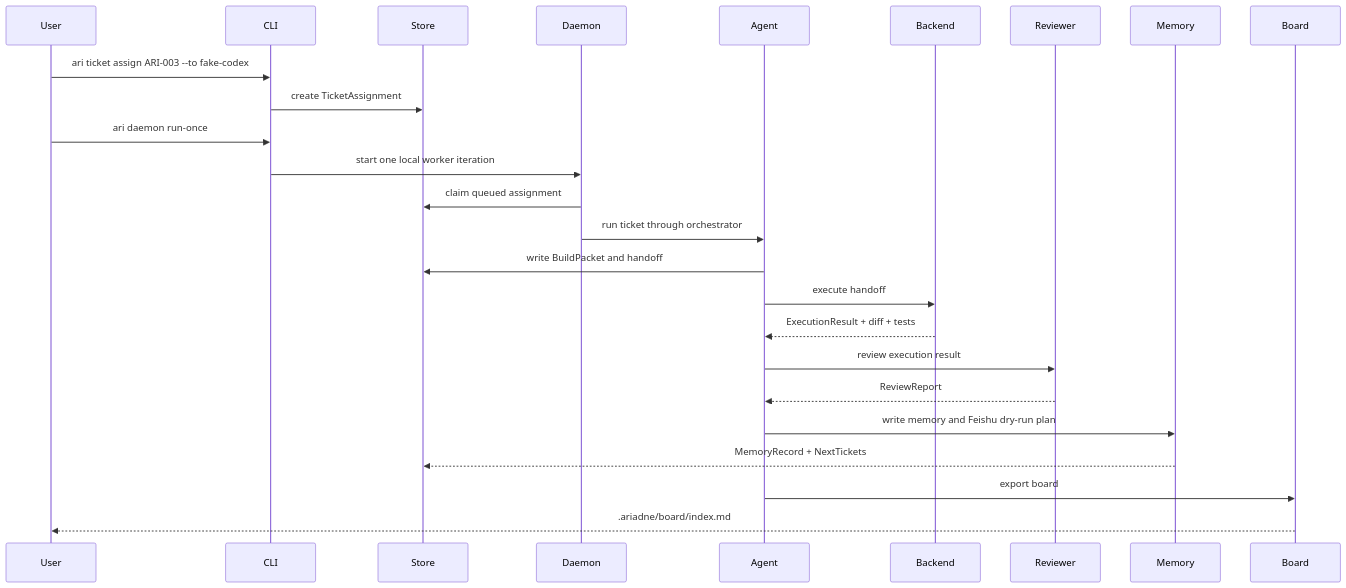
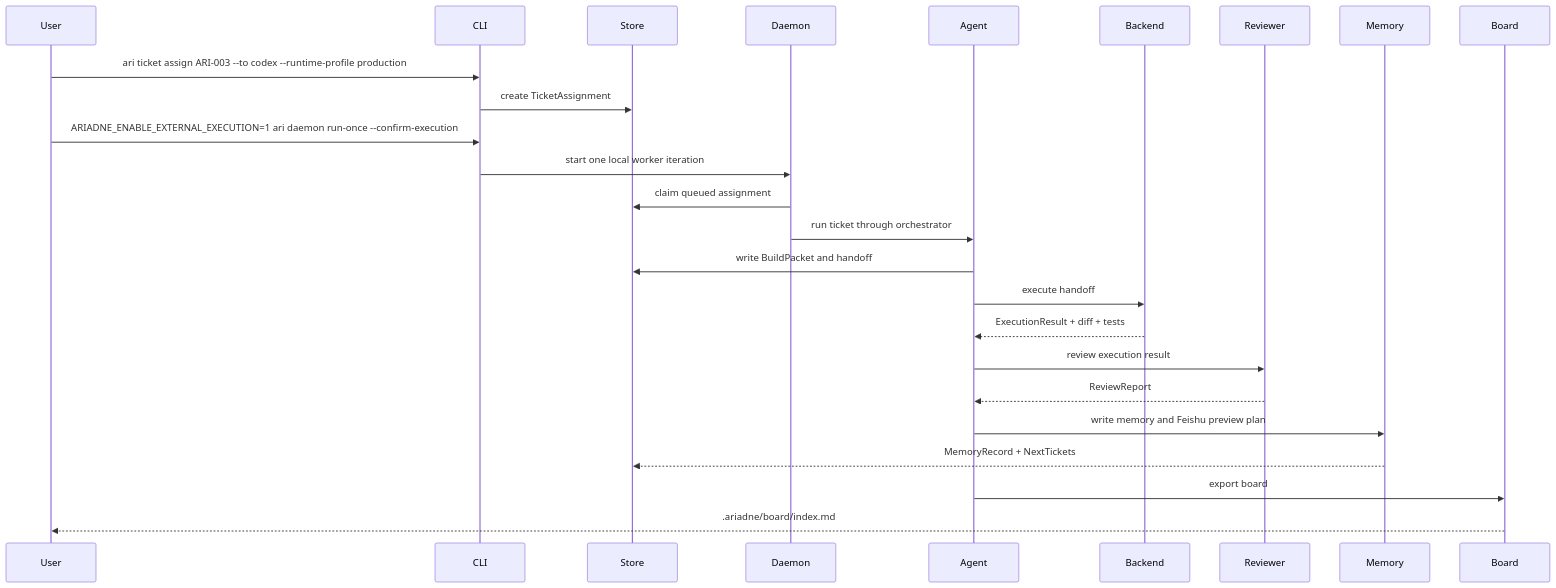
Before and after one commit to Hackerismydream/Ariadne: the first of 2 diagrams in docs/architecture/ARIADNE_V1_RUNTIME_FLOW.md, drawn with Mermaid. The commit also changed other lines of this file and 10 other files, not shown here.

````diff
--- a/docs/architecture/ARIADNE_V1_RUNTIME_FLOW.md
+++ b/docs/architecture/ARIADNE_V1_RUNTIME_FLOW.md
@@ -96,28 +120,28 @@
 ```mermaid
 sequenceDiagram
   participant User
   participant CLI
   participant Store
   participant Daemon
   participant Agent
   participant Backend
   participant Reviewer
   participant Memory
   participant Board
 
-  User->>CLI: ari ticket assign ARI-003 --to fake-codex
+  User->>CLI: ari ticket assign ARI-003 --to codex --runtime-profile production
   CLI->>Store: create TicketAssignment
-  User->>CLI: ari daemon run-once
+  User->>CLI: ARIADNE_ENABLE_EXTERNAL_EXECUTION=1 ari daemon run-once --confirm-execution
   CLI->>Daemon: start one local worker iteration
   Daemon->>Store: claim queued assignment
   Daemon->>Agent: run ticket through orchestrator
   Agent->>Store: write BuildPacket and handoff
   Agent->>Backend: execute handoff
   Backend-->>Agent: ExecutionResult + diff + tests
   Agent->>Reviewer: review execution result
   Reviewer-->>Agent: ReviewReport
-  Agent->>Memory: write memory and Feishu dry-run plan
+  Agent->>Memory: write memory and Feishu preview plan
   Memory-->>Store: MemoryRecord + NextTickets
   Agent->>Board: export board
   Board-->>User: .ariadne/board/index.md
 ```
````
